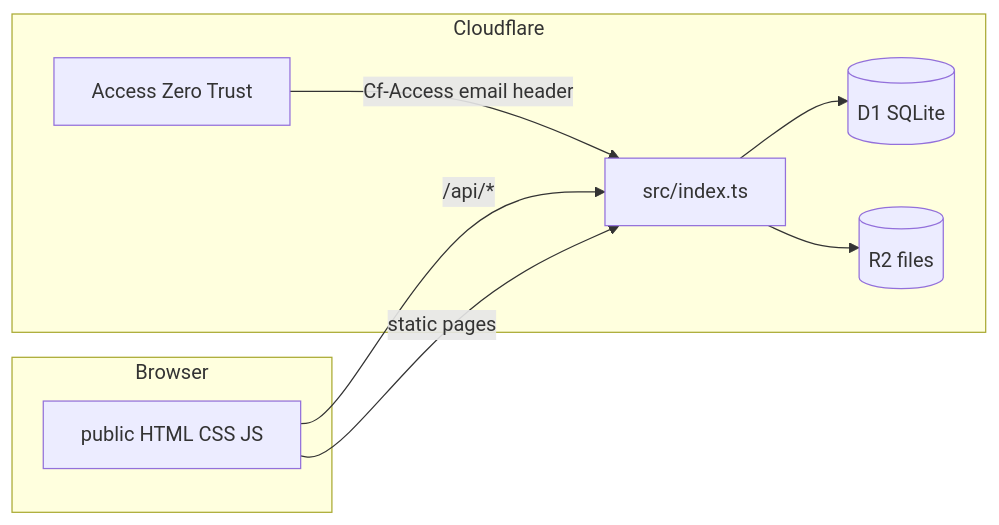
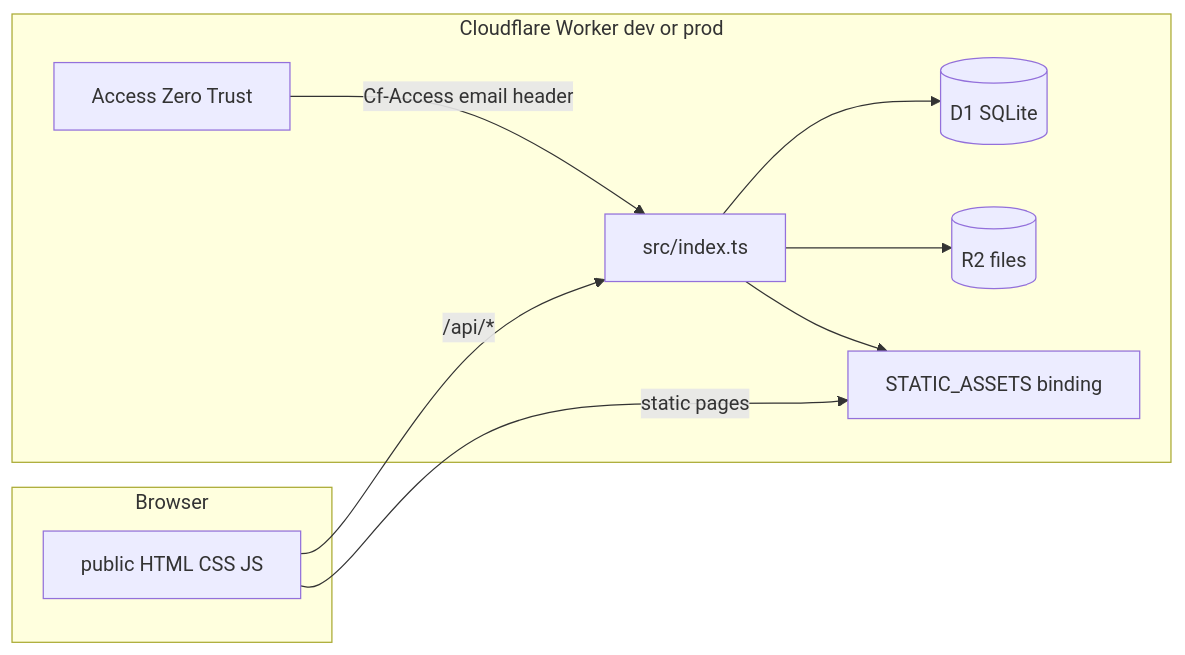
The second of 2 diagrams in docs/04-architecture.md (SWFTstudios/core-home-finish-library), drawn with Mermaid before and after one commit. The commit also changed other lines of this file and 14 other files, not shown here.

````diff
--- a/docs/04-architecture.md
+++ b/docs/04-architecture.md
@@ -25,17 +67,19 @@
 ```mermaid
 flowchart LR
   subgraph client [Browser]
     UI[public HTML CSS JS]
   end
-  subgraph cloudflare [Cloudflare]
+  subgraph cloudflare [Cloudflare Worker dev or prod]
     Worker[src/index.ts]
     D1[(D1 SQLite)]
     R2[(R2 files)]
+    Assets[STATIC_ASSETS binding]
     Access[Access Zero Trust]
   end
   UI -->|"/api/*"| Worker
   Access -->|Cf-Access email header| Worker
   Worker --> D1
   Worker --> R2
-  UI -->|static pages| Worker
+  UI -->|static pages| Assets
+  Worker --> Assets
 ```
````
